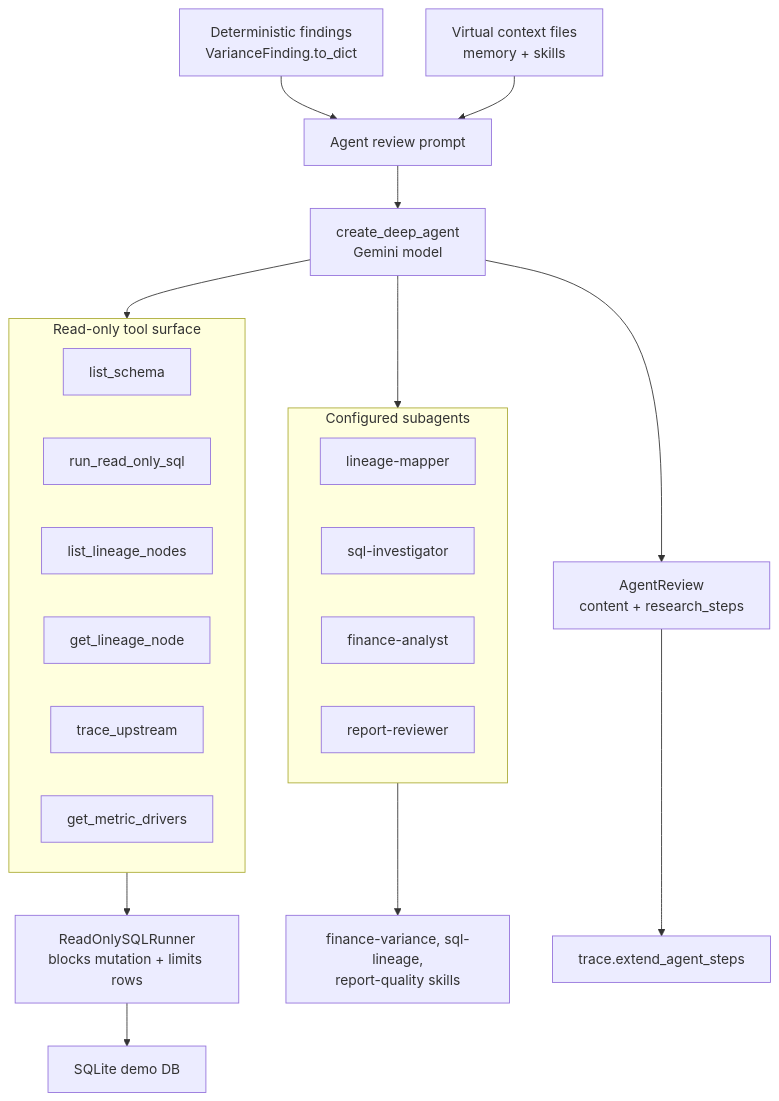
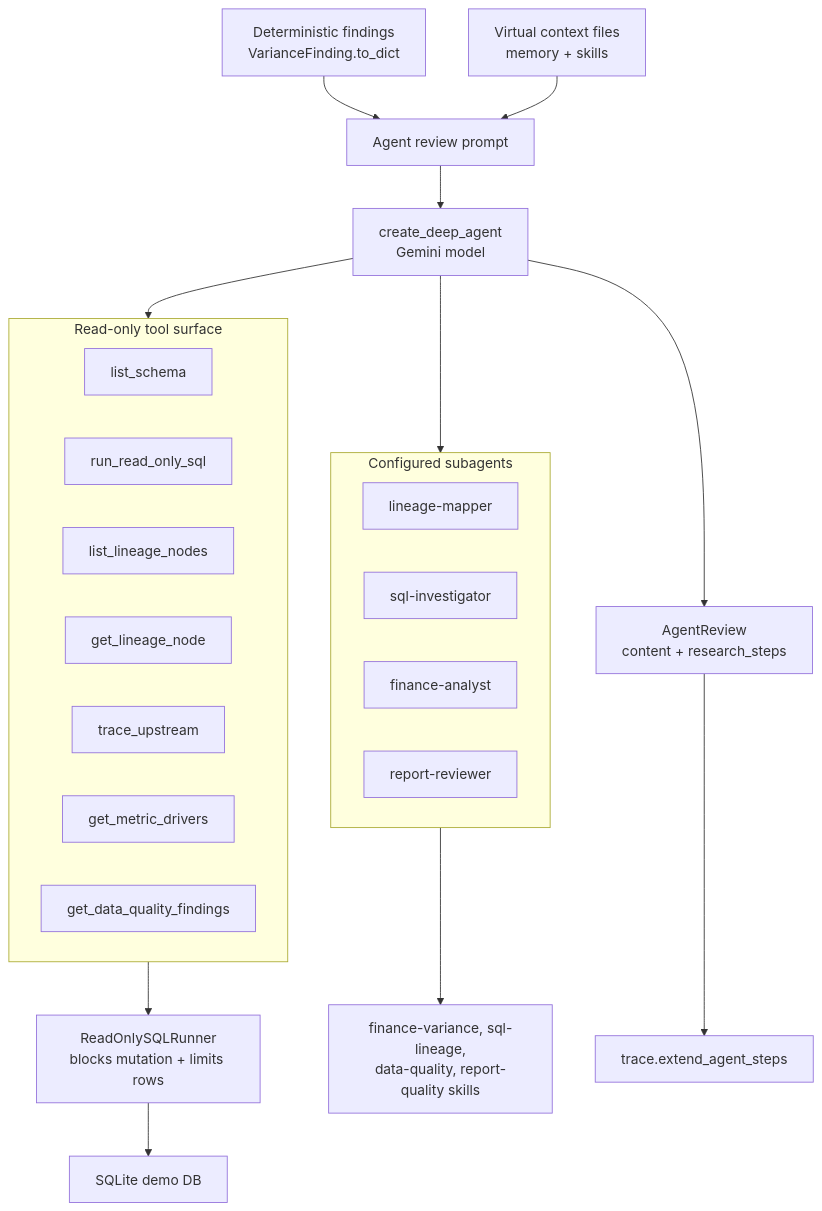
The sixth of 8 diagrams in README.md (gustavorubim/sql-da), drawn with Mermaid before and after one commit. The commit also changed other lines of this file and 15 other files, not shown here.

First line of the commit message:
docs: Update README with data quality features and adjusted demo dataset

````diff
--- a/README.md
+++ b/README.md
@@ -342,30 +371,31 @@
 ```mermaid
 flowchart TB
     Findings["Deterministic findings<br/>VarianceFinding.to_dict"] --> Prompt["Agent review prompt"]
     AgentContext["Virtual context files<br/>memory + skills"] --> Prompt
     Prompt --> DeepAgent["create_deep_agent<br/>Gemini model"]
 
     subgraph Tools["Read-only tool surface"]
         ListSchema["list_schema"]
         RunSQL["run_read_only_sql"]
         ListNodes["list_lineage_nodes"]
         GetNode["get_lineage_node"]
         TraceUpstream["trace_upstream"]
         MetricDrivers["get_metric_drivers"]
+        DataQualityTool["get_data_quality_findings"]
     end
 
     subgraph Subagents["Configured subagents"]
         LineageMapper["lineage-mapper"]
         SQLInvestigator["sql-investigator"]
         FinanceAnalyst["finance-analyst"]
         ReportReviewer["report-reviewer"]
     end
 
     DeepAgent --> Tools
     DeepAgent --> Subagents
     Tools --> Safety["ReadOnlySQLRunner<br/>blocks mutation + limits rows"]
     Safety --> SQLite["SQLite demo DB"]
-    Subagents --> Skills["finance-variance, sql-lineage,<br/>report-quality skills"]
+    Subagents --> Skills["finance-variance, sql-lineage,<br/>data-quality, report-quality skills"]
     DeepAgent --> Review["AgentReview<br/>content + research_steps"]
     Review --> Trace["trace.extend_agent_steps"]
 ```
````
